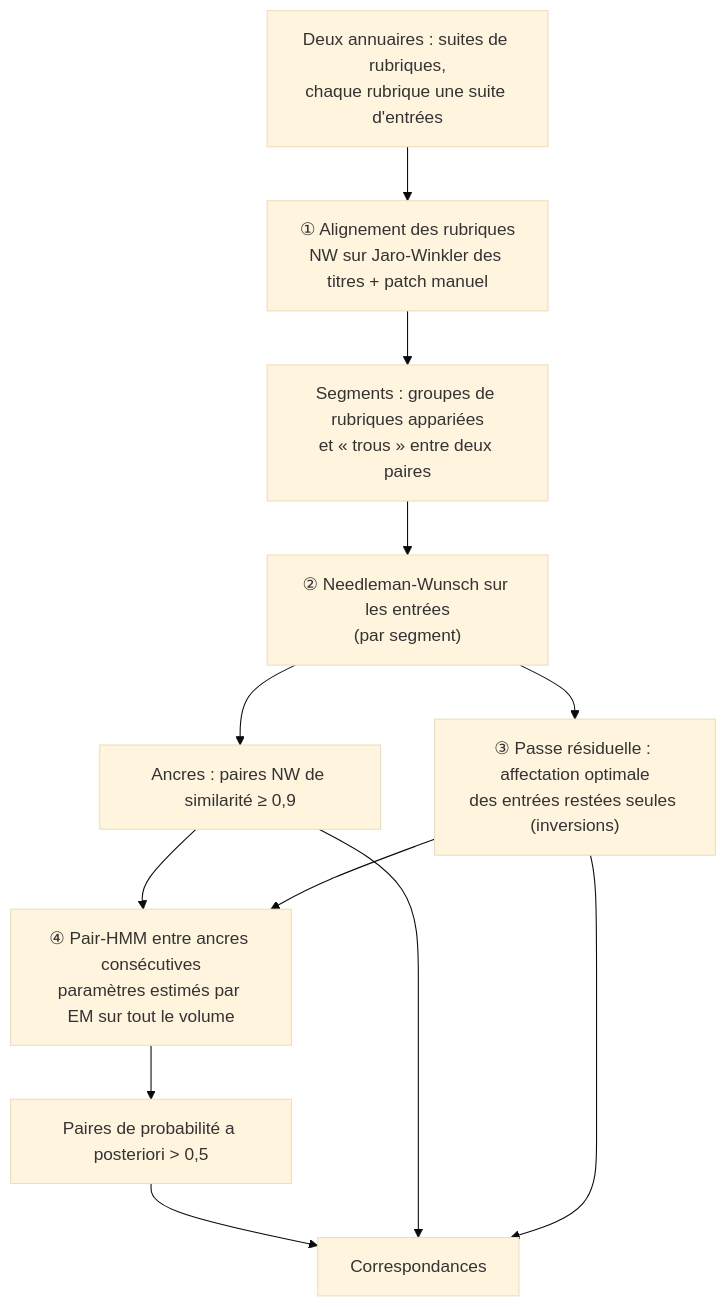
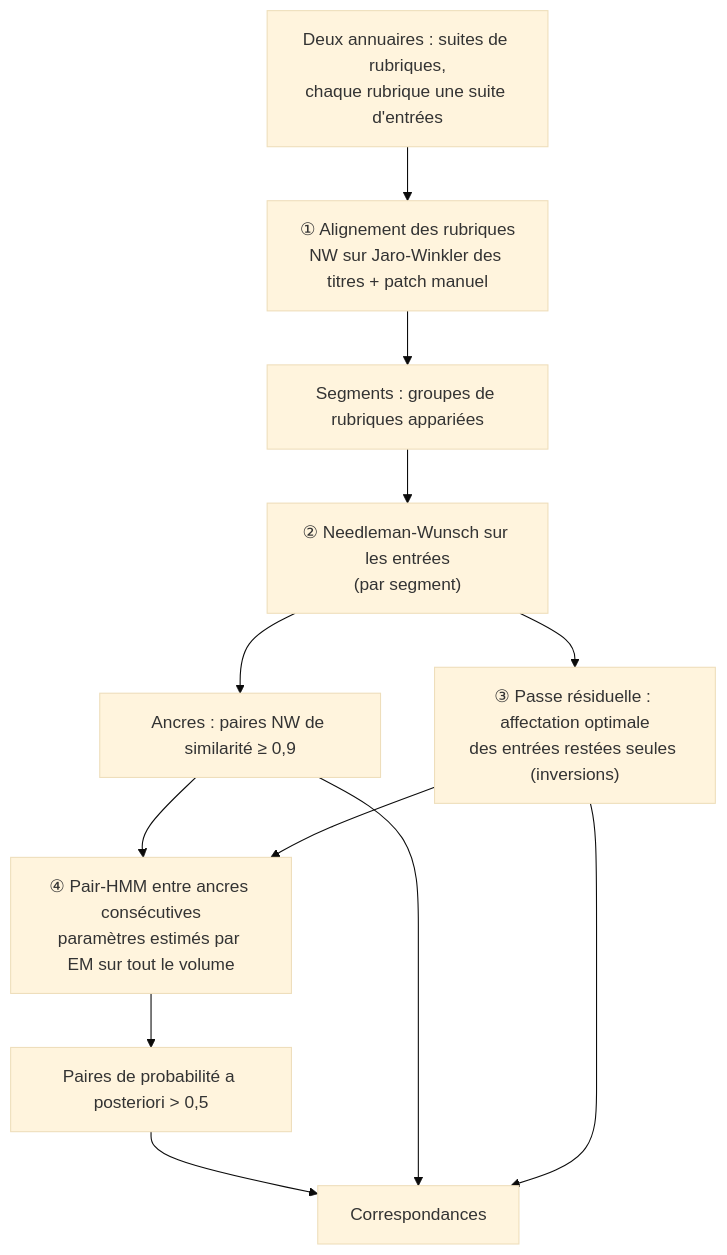
The diagram in docs/alignement_ordonne.md (HueyNemud/adresses_revolutionnaires), drawn with Mermaid (base theme) before and after one commit. The commit also changed other lines of this file and 12 other files, not shown here.

````diff
--- a/docs/alignement_ordonne.md
+++ b/docs/alignement_ordonne.md
@@ -61,14 +61,14 @@
 ```mermaid
 flowchart TD
     A[Deux annuaires : suites de rubriques,<br/>chaque rubrique une suite d'entrées] --> B
     B["① Alignement des rubriques<br/>NW sur Jaro-Winkler des titres + patch manuel"] --> C
-    C["Segments : groupes de rubriques appariées<br/>et « trous » entre deux paires"] --> D
+    C["Segments : groupes de rubriques appariées"] --> D
     D["② Needleman-Wunsch sur les entrées<br/>(par segment)"] --> E
     E["Ancres : paires NW de similarité ≥ 0,9"] --> F
     D --> G["③ Passe résiduelle : affectation optimale<br/>des entrées restées seules (inversions)"]
     G --> F
     F["④ Pair-HMM entre ancres consécutives<br/>paramètres estimés par EM sur tout le volume"] --> H
     H["Paires de probabilité a posteriori > 0,5"] --> I[Correspondances]
     E --> I
     G --> I
 ```
````
